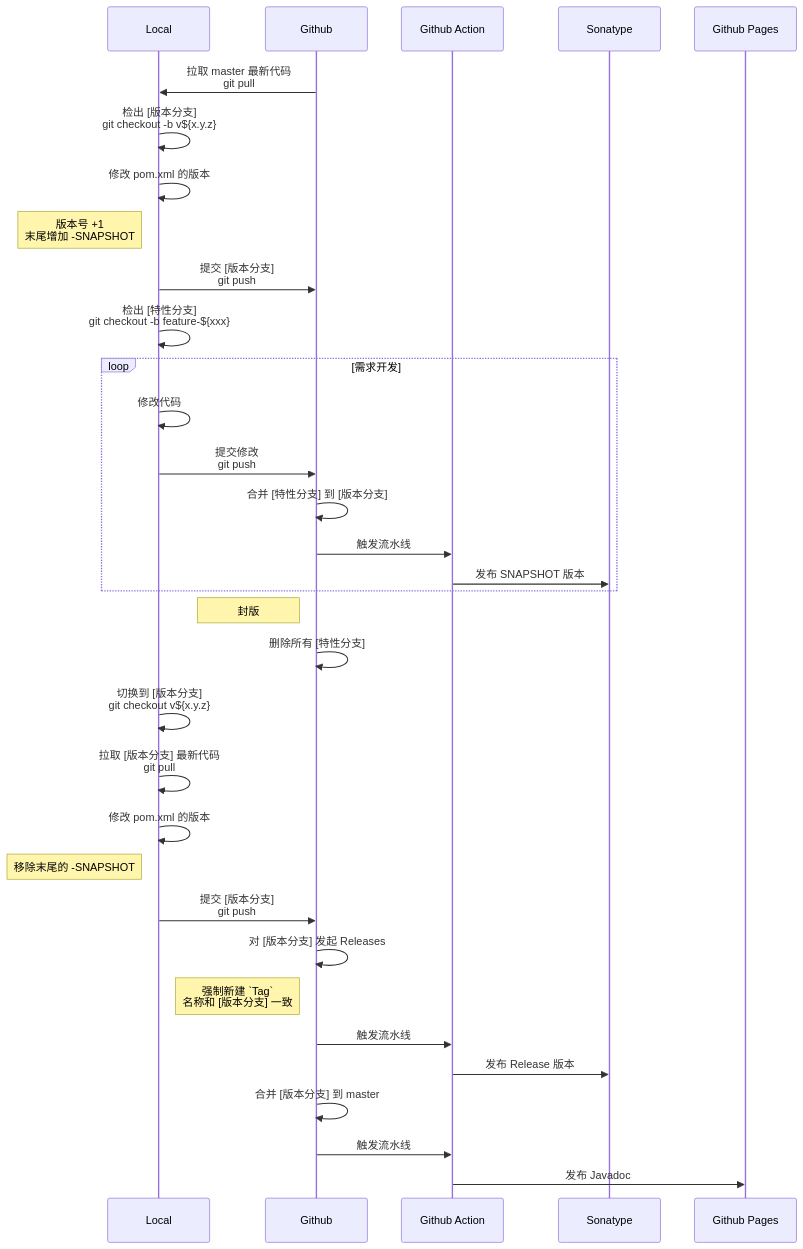
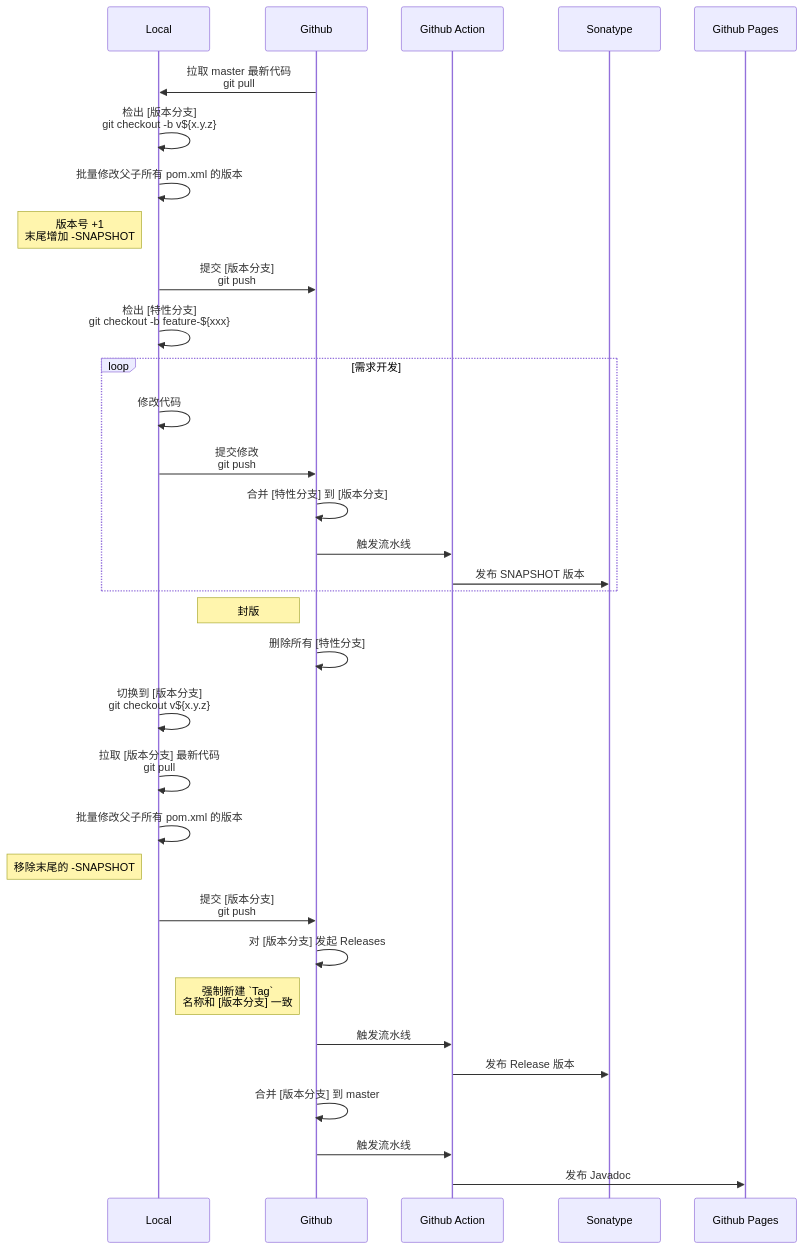
One commit to EXP-Codes/exp-libs-refactor changed the diagram in DevSOP.md. Above: the diagram before and after it, drawn with Mermaid. The commit also changed other lines of this file, not shown here.

Commit message:
修正说明步骤

````diff
--- a/DevSOP.md
+++ b/DevSOP.md
@@ -27,35 +27,35 @@
 ```mermaid
 sequenceDiagram
     participant Local
     participant Github
     participant Github Action
     participant Sonatype
     participant Github Pages
     Github->>Local: 拉取 master 最新代码<br/>git pull
     Local->>Local: 检出 [版本分支]<br/>git checkout -b v${x.y.z}
-    Local->>Local: 修改 pom.xml 的版本
+    Local->>Local: 批量修改父子所有 pom.xml 的版本
     Note left of Local: 版本号 +1<br/>末尾增加 -SNAPSHOT
     Local->>Github: 提交 [版本分支]<br/>git push
     Local->>Local: 检出 [特性分支]<br/>git checkout -b feature-${xxx}
     loop 需求开发
         Local->>Local: 修改代码
         Local->>Github: 提交修改<br/>git push
         Github->>Github: 合并 [特性分支] 到 [版本分支]
         Github->>Github Action: 触发流水线
         Github Action->>Sonatype: 发布 SNAPSHOT 版本
     end
     Note left of Github: 封版
     Github->>Github: 删除所有 [特性分支]
     Local->>Local: 切换到 [版本分支]<br/>git checkout v${x.y.z}
     Local->>Local: 拉取 [版本分支] 最新代码<br/>git pull
-    Local->>Local: 修改 pom.xml 的版本
+    Local->>Local: 批量修改父子所有 pom.xml 的版本
     Note left of Local: 移除末尾的 -SNAPSHOT
     Local->>Github: 提交 [版本分支]<br/>git push
     Github->>Github: 对 [版本分支] 发起 Releases
     Note left of Github: 强制新建 `Tag`<br/>名称和 [版本分支] 一致
     Github->>Github Action: 触发流水线
     Github Action->>Sonatype: 发布 Release 版本
     Github->>Github: 合并 [版本分支] 到 master
     Github->>Github Action: 触发流水线
     Github Action->>Github Pages: 发布 Javadoc
 ```
````
